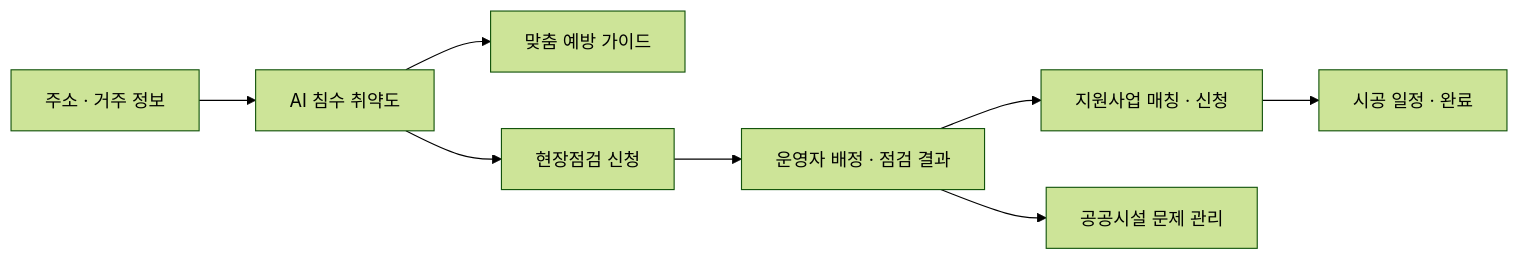
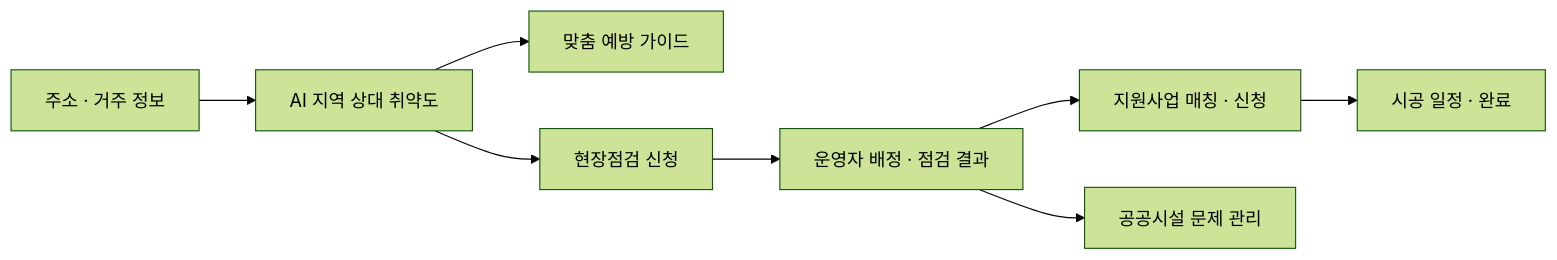
Before and after one commit to CUK-FLOUT/flout-server: the first of 4 diagrams in README.md, drawn with Mermaid (forest theme). The commit also changed other lines of this file and 1 other file, not shown here.

````diff
--- a/README.md
+++ b/README.md
@@ -46,10 +50,10 @@
 ```mermaid
 flowchart LR
-    A["주소 · 거주 정보"] --> B["AI 침수 취약도"]
+    A["주소 · 거주 정보"] --> B["AI 지역 상대 취약도"]
     B --> C["맞춤 예방 가이드"]
     B --> D["현장점검 신청"]
     D --> E["운영자 배정 · 점검 결과"]
     E --> F["지원사업 매칭 · 신청"]
     F --> G["시공 일정 · 완료"]
     E --> H["공공시설 문제 관리"]
 ```
````
